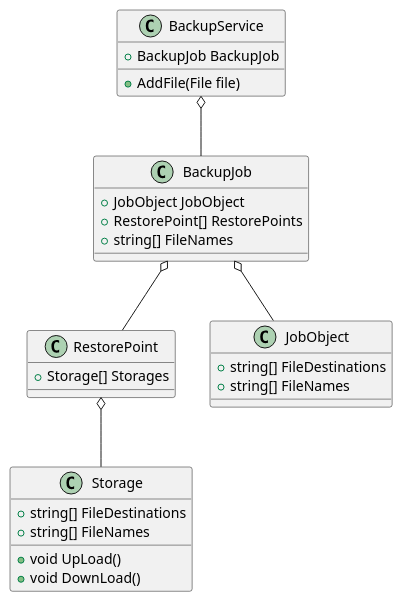
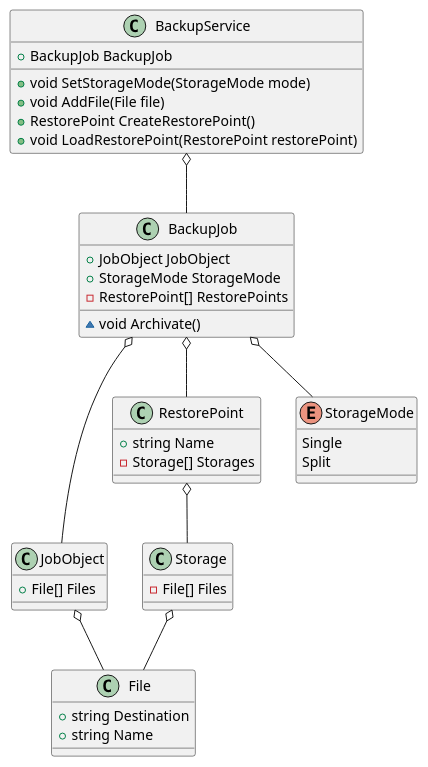
The diagram in Docs/Classes.puml (Ar4eR-ValerA/OOP.IIIsem), drawn with PlantUML before and after one commit.

Commit message:
feat: classes uml v1.0

```diff
--- a/Docs/Classes.puml
+++ b/Docs/Classes.puml
@@ -1,37 +1,51 @@
 @startuml
 
 class BackupService {
     + BackupJob BackupJob
     
-    + AddFile(File file)
+    + void SetStorageMode(StorageMode mode)
+    + void AddFile(File file)
+    + RestorePoint CreateRestorePoint()
+    + void LoadRestorePoint(RestorePoint restorePoint)
 }
 
 class BackupJob {
     + JobObject JobObject
-    + RestorePoint[] RestorePoints
-    + string[] FileNames
+    + StorageMode StorageMode
+    - RestorePoint[] RestorePoints
+    
+    ~ void Archivate()
+}
+
+class JobObject {
+    + File[] Files
 }
 
 class RestorePoint {
-    + Storage[] Storages
-}
-
-class JobObject {
-    + string[] FileDestinations
-    + string[] FileNames
+    + string Name
+    - Storage[] Storages
 }
 
 class Storage {
-    + string[] FileDestinations
-    + string[] FileNames
-    
-    + void UpLoad()
-    + void DownLoad()
+    - File[] Files
+}
+
+class File {
+    + string Destination
+    + string Name
+}
+
+enum StorageMode {
+    Single
+    Split
 }
 
 BackupService o-- BackupJob
 BackupJob o-- RestorePoint
+RestorePoint o-- Storage
+BackupJob o-- StorageMode
 BackupJob o-- JobObject
-RestorePoint o-- Storage
+JobObject o-- File
+Storage o-- File
 
 @enduml
```
